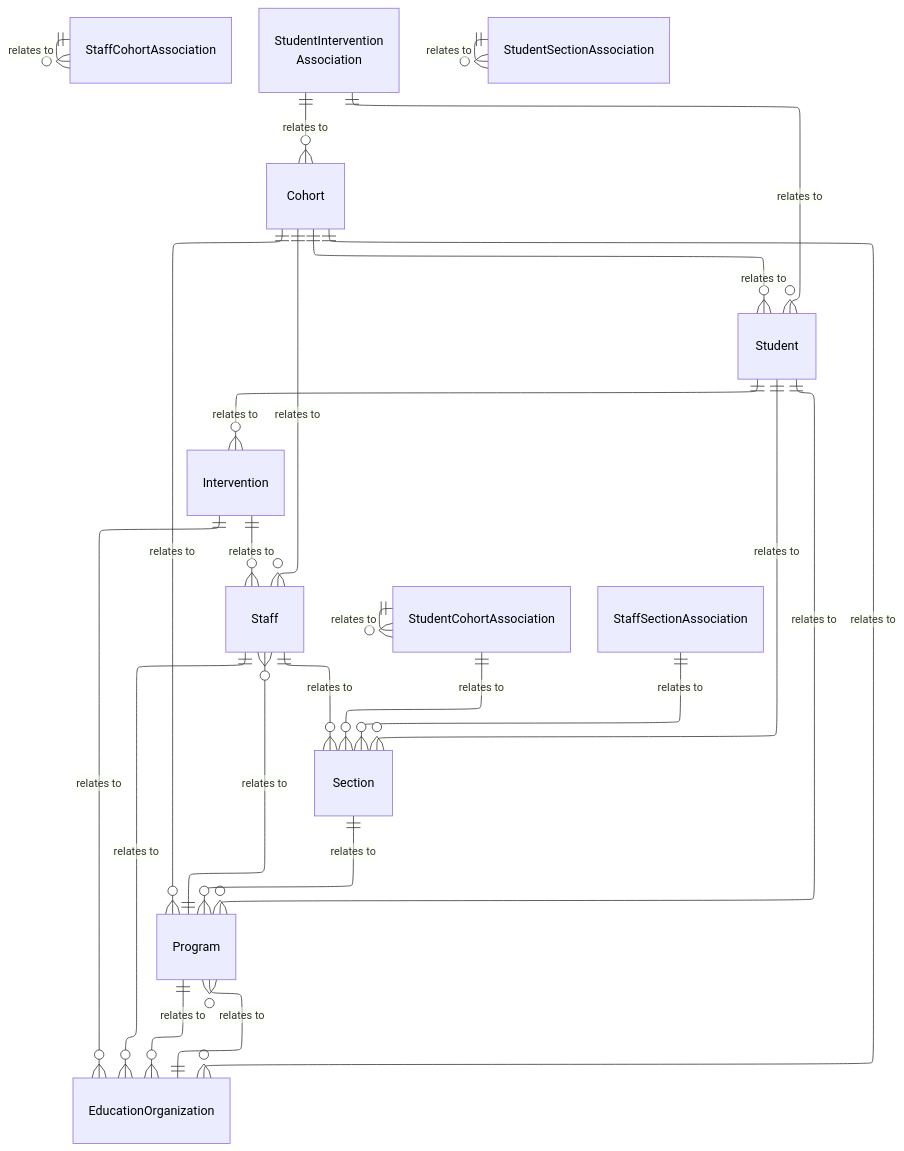
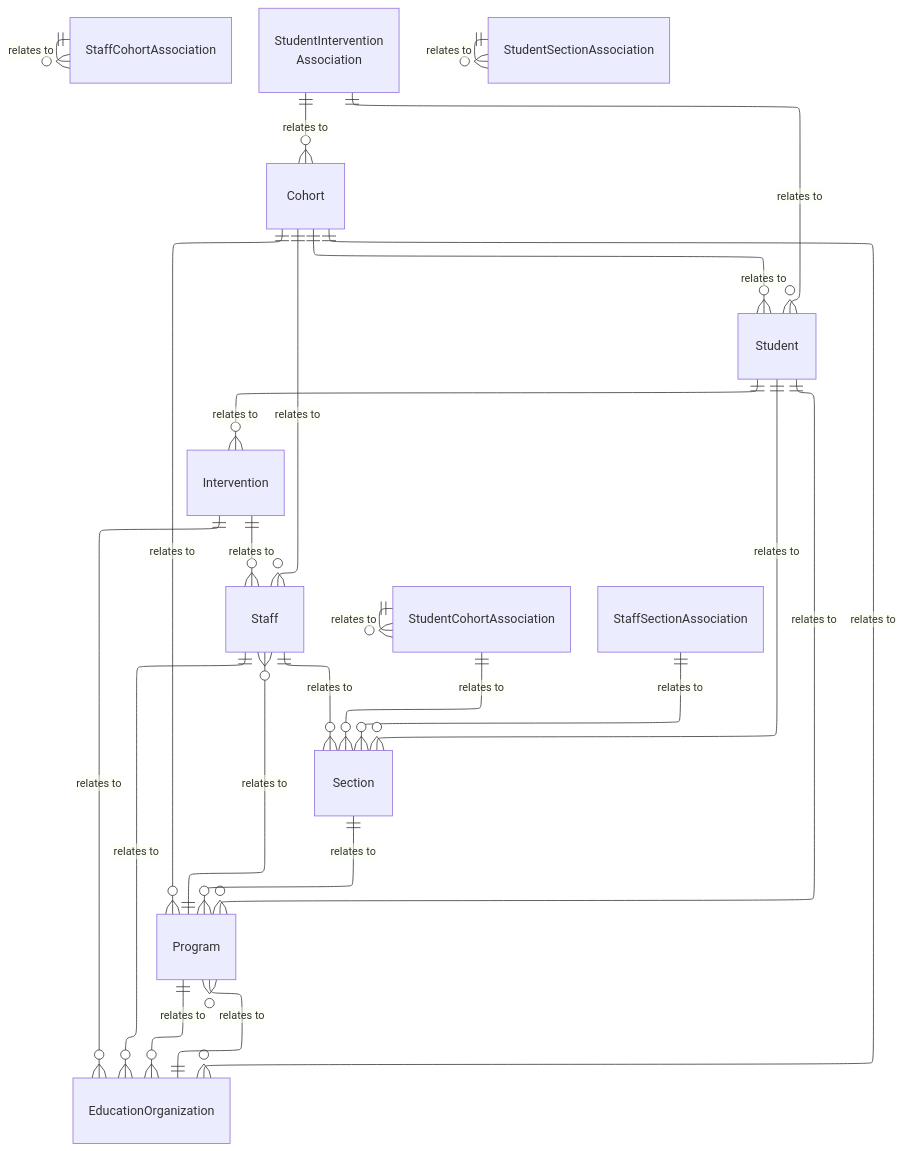
Before and after one commit to Ed-Fi-Alliance-OSS/ed-fi-alliance-oss.github.io: the diagram in dataStandard_versioned_docs/version-6/model-reference/student-cohort-domain/model-diagrams.md, drawn with Mermaid. The commit also changed 24 other files, not shown here.

````diff
--- a/dataStandard_versioned_docs/version-6/model-reference/student-cohort-domain/model-diagrams.md
+++ b/dataStandard_versioned_docs/version-6/model-reference/student-cohort-domain/model-diagrams.md
@@ -10,65 +10,53 @@
 ```mermaid
 ---
 config:
   layout: elk
 ---
 erDiagram
     Student {
     }
     Staff {
     }
     Cohort {
     }
     StudentCohortAssociation {
     }
     StaffCohortAssociation {
     }
     StudentInterventionAssociation["StudentIntervention<br/>Association"] {
     }
     Intervention {
     }
     StudentSectionAssociation {
     }
     StaffSectionAssociation {
     }
     Program {
     }
     Section {
     }
     EducationOrganization {
     }
     Cohort ||--o{ Student : "relates to"
     Cohort ||--o{ Program : "relates to"
     Cohort ||--o{ EducationOrganization : "relates to"
     Cohort ||--o{ Staff : "relates to"
     StudentCohortAssociation ||--o{ StudentCohortAssociation : "relates to"
     StudentCohortAssociation ||--o{ Section : "relates to"
     StaffCohortAssociation ||--o{ StaffCohortAssociation : "relates to"
     StudentInterventionAssociation ||--o{ Cohort : "relates to"
     StudentInterventionAssociation ||--o{ Student : "relates to"
     StudentSectionAssociation ||--o{ StudentSectionAssociation : "relates to"
     StaffSectionAssociation ||--o{ Section : "relates to"
     Student ||--o{ Intervention : "relates to"
     Student ||--o{ Program : "relates to"
     Student ||--o{ Section : "relates to"
     Staff ||--o{ EducationOrganization : "relates to"
     Staff ||--o{ Section : "relates to"
     Intervention ||--o{ EducationOrganization : "relates to"
     Intervention ||--o{ Staff : "relates to"
     Program ||--o{ EducationOrganization : "relates to"
     Program ||--o{ Staff : "relates to"
     EducationOrganization ||--o{ Program : "relates to"
     Section ||--o{ Program : "relates to"
-    style Student color:#000000
-    style Staff color:#000000
-    style Cohort color:#000000
-    style StudentCohortAssociation color:#000000
-    style StaffCohortAssociation color:#000000
-    style StudentInterventionAssociation color:#000000
-    style Intervention color:#000000
-    style StudentSectionAssociation color:#000000
-    style StaffSectionAssociation color:#000000
-    style Program color:#000000
-    style Section color:#000000
-    style EducationOrganization color:#000000
 ```
````
